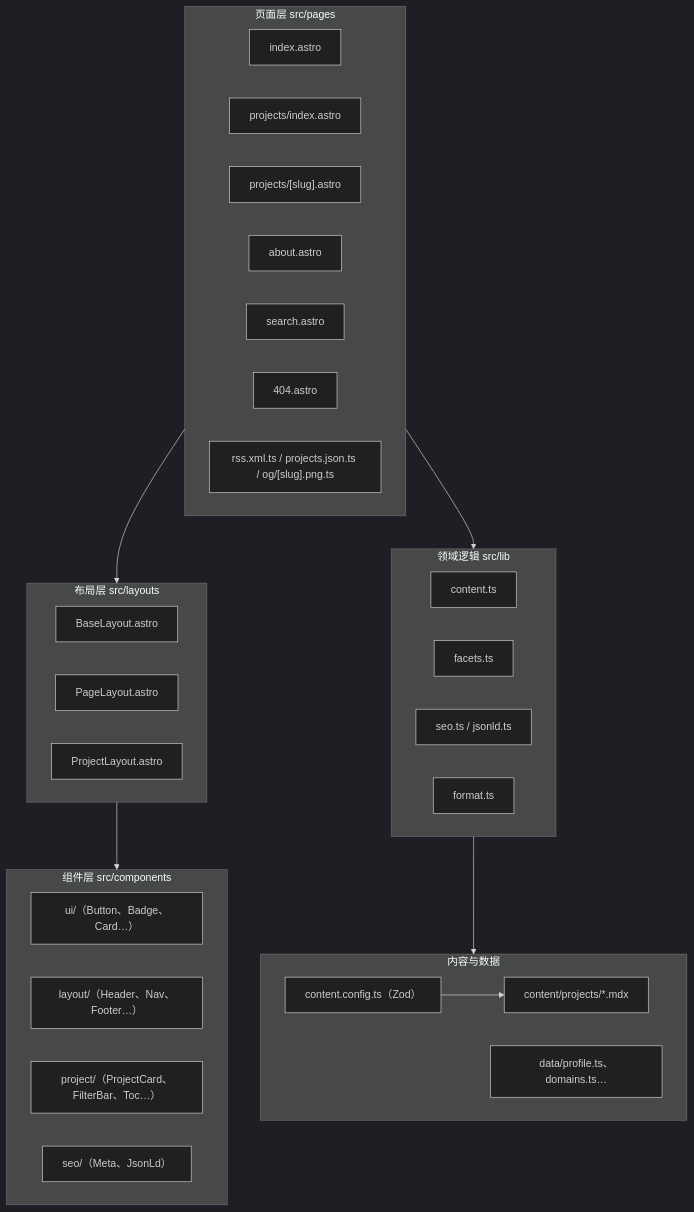
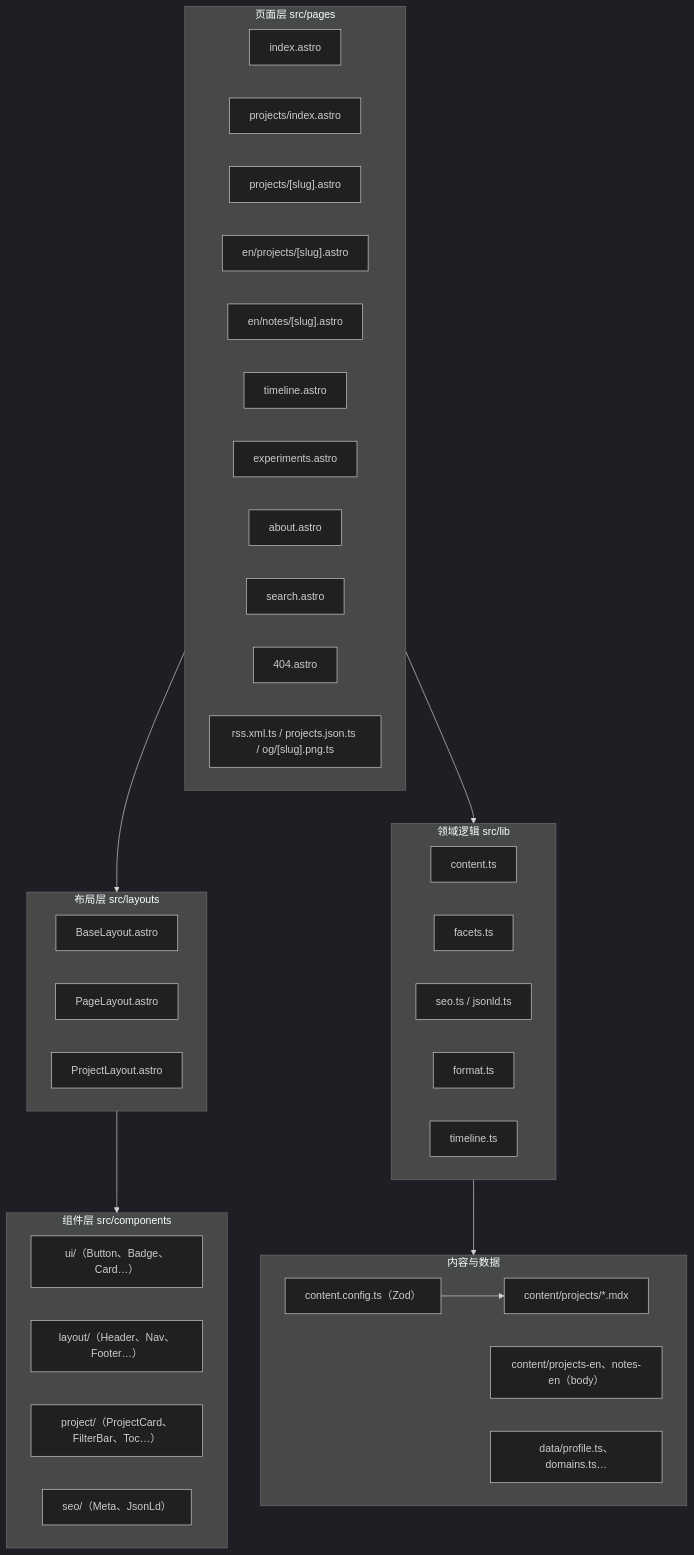
The second of 5 diagrams in docs/05-architecture.md (GUIDchen/dsh-personalnet), drawn with Mermaid (dark theme) before and after one commit. The commit also changed other lines of this file and 24 other files, not shown here.

````diff
--- a/docs/05-architecture.md
+++ b/docs/05-architecture.md
@@ -73,38 +73,44 @@
 ```mermaid
 flowchart TB
   subgraph Pages["页面层 src/pages"]
     Home["index.astro"]
     Projects["projects/index.astro"]
     Detail["projects/[slug].astro"]
+    EnDetail["en/projects/[slug].astro"]
+    EnNote["en/notes/[slug].astro"]
+    Timeline["timeline.astro"]
+    Experiments["experiments.astro"]
     About["about.astro"]
     Search["search.astro"]
     NotFound["404.astro"]
     Feeds["rss.xml.ts / projects.json.ts / og/[slug].png.ts"]
   end
   subgraph Layouts["布局层 src/layouts"]
     Base["BaseLayout.astro"]
     Page["PageLayout.astro"]
     Project["ProjectLayout.astro"]
   end
   subgraph Components["组件层 src/components"]
     UI["ui/（Button、Badge、Card…）"]
     LayoutC["layout/（Header、Nav、Footer…）"]
     ProjC["project/（ProjectCard、FilterBar、Toc…）"]
     SeoC["seo/（Meta、JsonLd）"]
   end
   subgraph Lib["领域逻辑 src/lib"]
     Content["content.ts"]
     Facets["facets.ts"]
     Seo["seo.ts / jsonld.ts"]
     Format["format.ts"]
+    TimelineLib["timeline.ts"]
   end
   subgraph Data["内容与数据"]
     MDX["content/projects/*.mdx"]
+    MDXEN["content/projects-en、notes-en（body）"]
     DataFiles["data/profile.ts、domains.ts…"]
     Schema["content.config.ts（Zod）"]
   end
   Pages --> Layouts --> Components
   Pages --> Lib
   Lib --> Data
   Schema --> MDX
 ```
````
